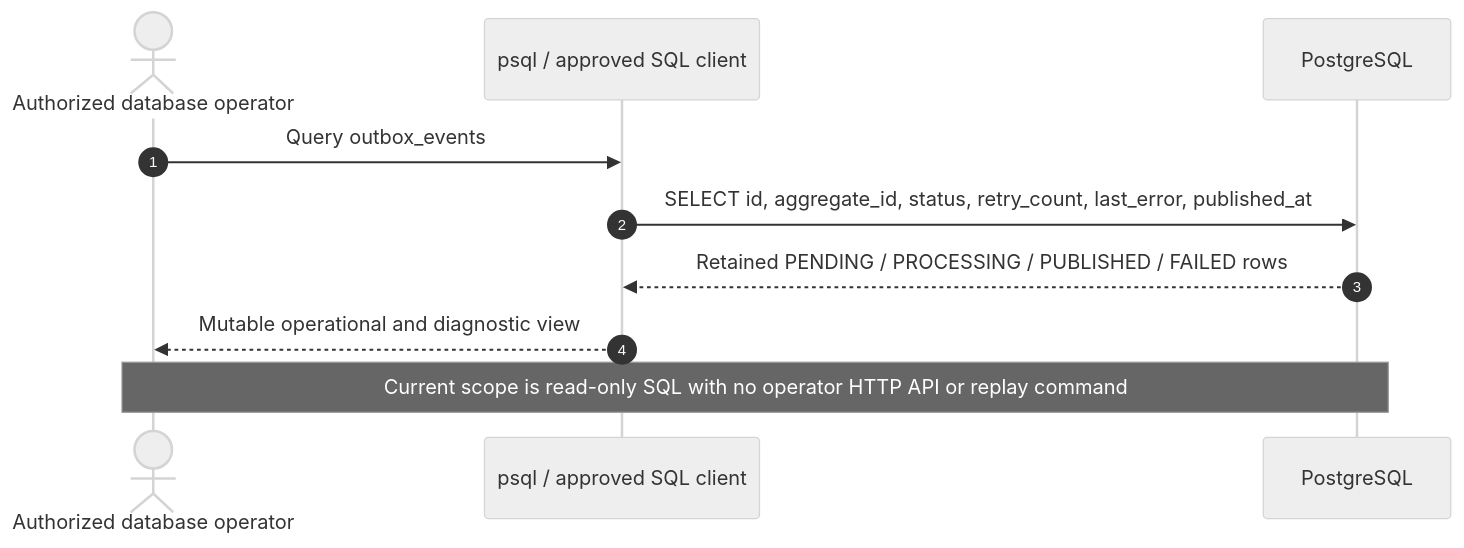
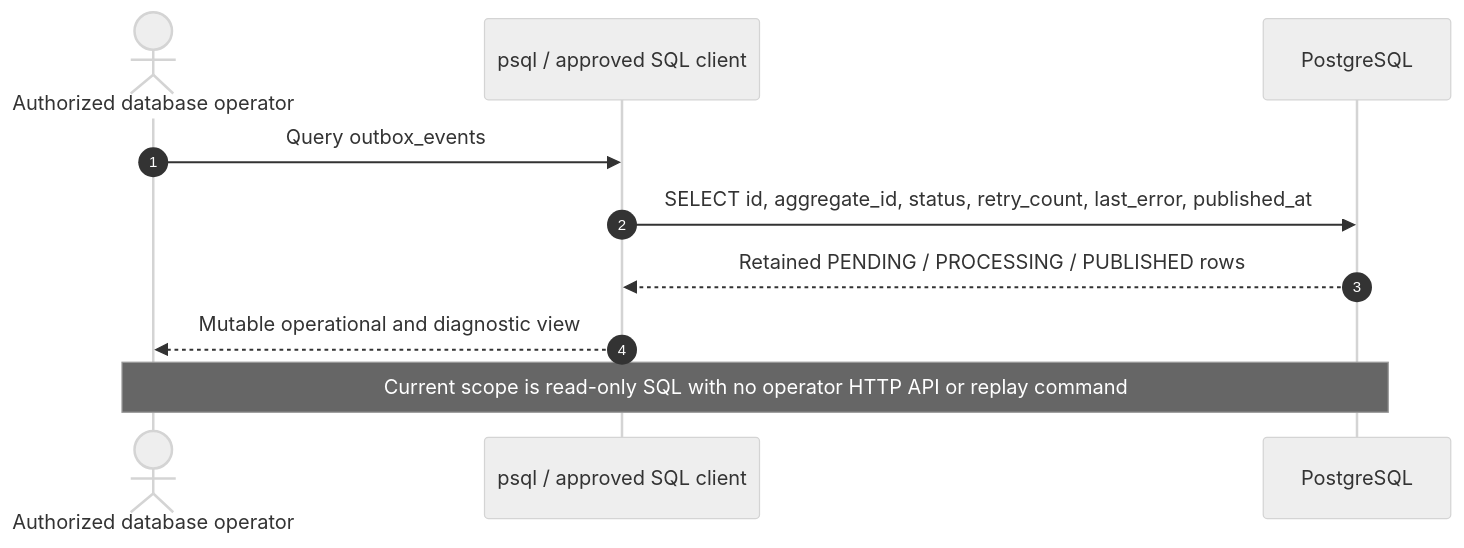
The eighth of 16 diagrams in docs/sequence-diagrams.md (tarunngusain08/transaction-outbox-service), drawn with Mermaid (neutral theme) before and after one commit. The commit also changed other lines of this file and 25 other files, not shown here.

````diff
--- a/docs/sequence-diagrams.md
+++ b/docs/sequence-diagrams.md
@@ -281,13 +284,13 @@
 ```mermaid
 sequenceDiagram
     autonumber
     actor Operator as Authorized database operator
     participant PSQL as psql / approved SQL client
     participant DB as PostgreSQL
 
     Operator->>PSQL: Query outbox_events
     PSQL->>DB: SELECT id, aggregate_id, status, retry_count, last_error, published_at
-    DB-->>PSQL: Retained PENDING / PROCESSING / PUBLISHED / FAILED rows
+    DB-->>PSQL: Retained PENDING / PROCESSING / PUBLISHED rows
     PSQL-->>Operator: Mutable operational and diagnostic view
     Note over Operator,DB: Current scope is read-only SQL with no operator HTTP API or replay command
 ```
````
